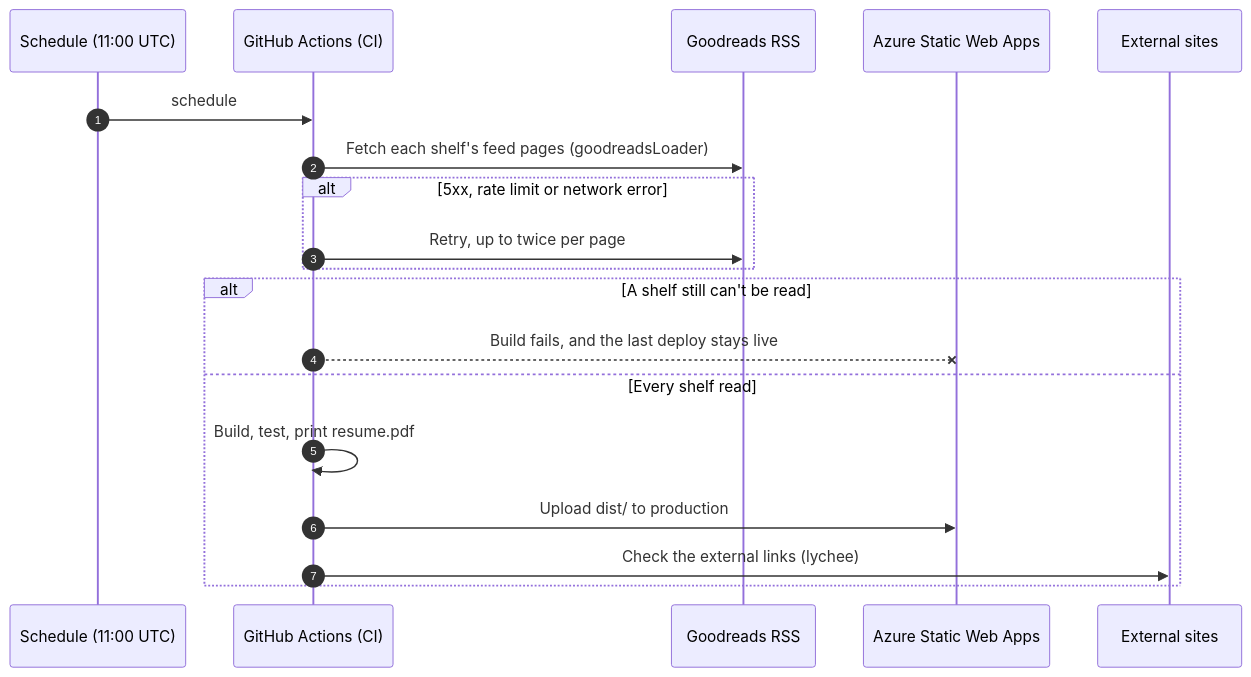
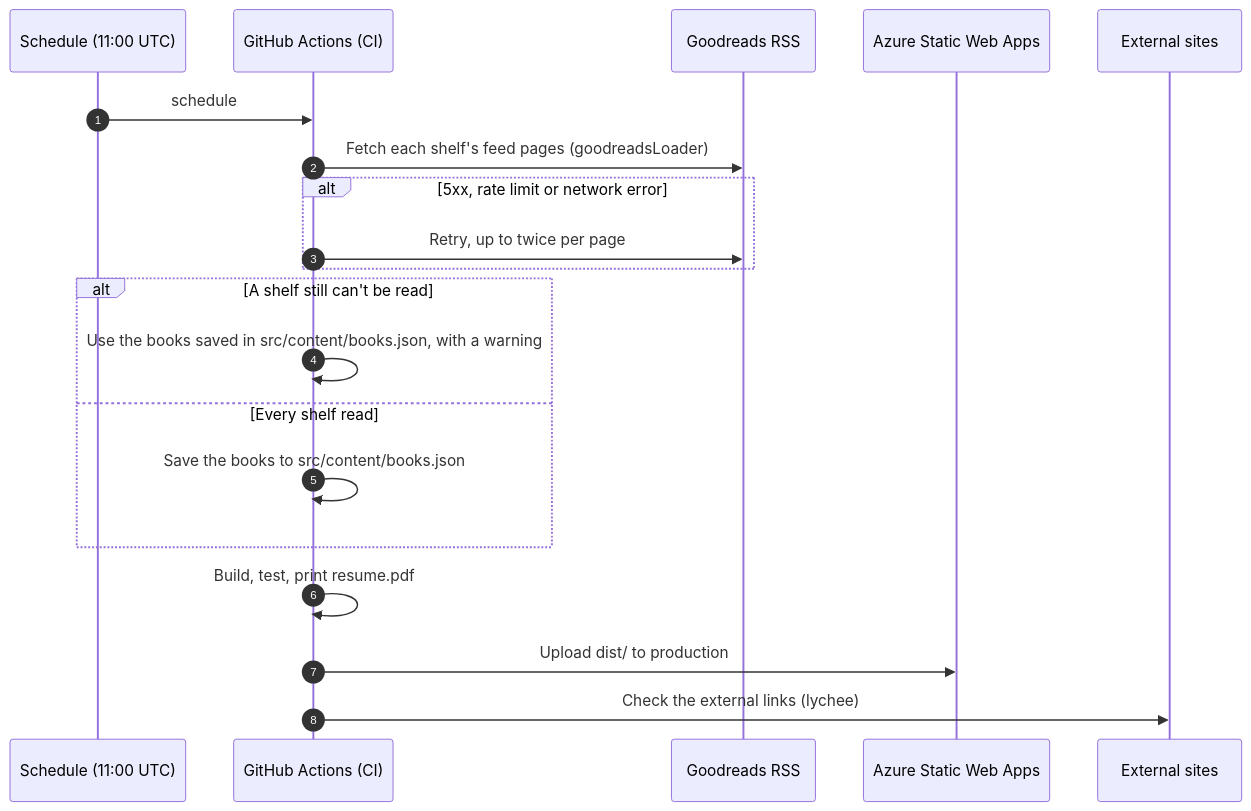
The third of 4 diagrams in docs/architecture/flows.md (jimmykurian/personal-site), drawn with Mermaid before and after one commit. The commit also changed 16 other files, not shown here.

First line of the commit message:
fix(reading): build from the saved books when Goodreads can't be read (#37)

````diff
--- a/docs/architecture/flows.md
+++ b/docs/architecture/flows.md
@@ -79,22 +79,23 @@
 ```mermaid
 sequenceDiagram
     autonumber
     participant Cron as Schedule (11:00 UTC)
     participant CI as GitHub Actions (CI)
     participant GR as Goodreads RSS
     participant SWA as Azure Static Web Apps
     participant Web as External sites
 
     Cron->>CI: schedule
     CI->>GR: Fetch each shelf's feed pages (goodreadsLoader)
     alt 5xx, rate limit or network error
         CI->>GR: Retry, up to twice per page
     end
     alt A shelf still can't be read
-        CI--xSWA: Build fails, and the last deploy stays live
+        CI->>CI: Use the books saved in src/content/books.json, with a warning
     else Every shelf read
-        CI->>CI: Build, test, print resume.pdf
-        CI->>SWA: Upload dist/ to production
-        CI->>Web: Check the external links (lychee)
+        CI->>CI: Save the books to src/content/books.json
     end
+    CI->>CI: Build, test, print resume.pdf
+    CI->>SWA: Upload dist/ to production
+    CI->>Web: Check the external links (lychee)
 ```
````
